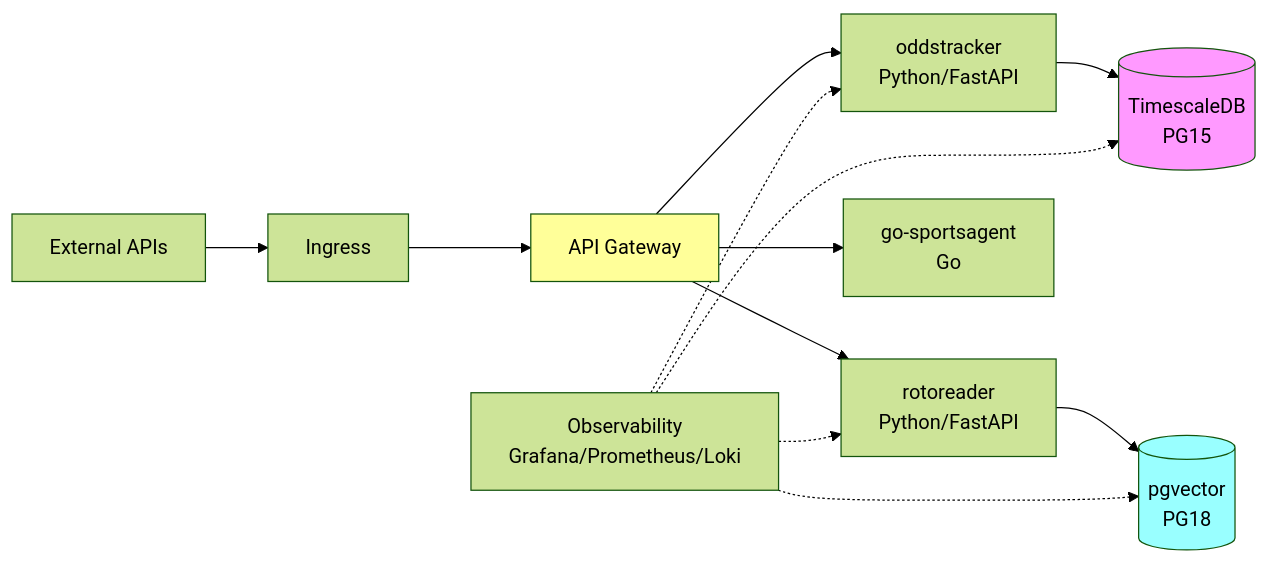
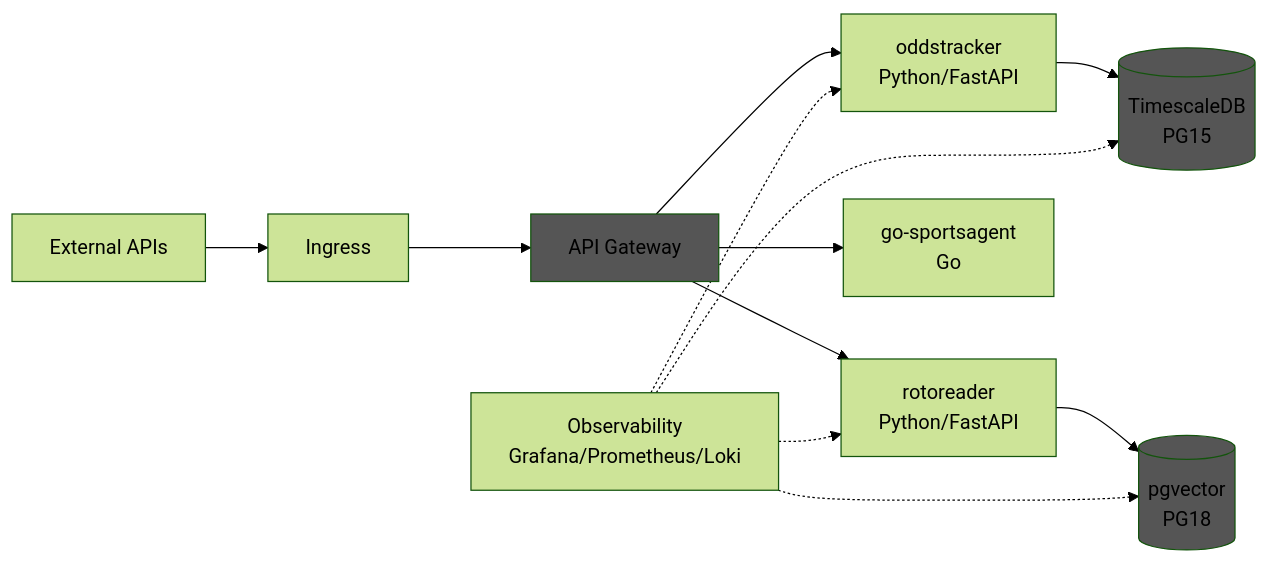
Before and after one commit to maxo99/sportsstack: the diagram in README.md, drawn with Mermaid (forest theme). The commit also changed other lines of this file and 4 other files, not shown here.

````diff
--- a/README.md
+++ b/README.md
@@ -5,21 +25,21 @@
 ```mermaid
 graph LR
     EXT[External APIs] --> ING[Ingress]
     ING --> APIGW[API Gateway]
     
     APIGW --> ODD[oddstracker<br/>Python/FastAPI]
     APIGW --> ROTO[rotoreader<br/>Python/FastAPI]
     APIGW --> AGENT[go-sportsagent<br/>Go]
     
     ODD --> ODDDB[(TimescaleDB<br/>PG15)]
     ROTO --> ROTODB[(pgvector<br/>PG18)]
     
     OBS[Observability<br/>Grafana/Prometheus/Loki] -.-> ODD
     OBS -.-> ROTO
     OBS -.-> ODDDB
     OBS -.-> ROTODB
     
-    style ODDDB fill:#f9f
-    style ROTODB fill:#9ff
-    style APIGW fill:#ff9
+    style ODDDB fill:#555
+    style ROTODB fill:#555
+    style APIGW fill:#555
 ```
````
